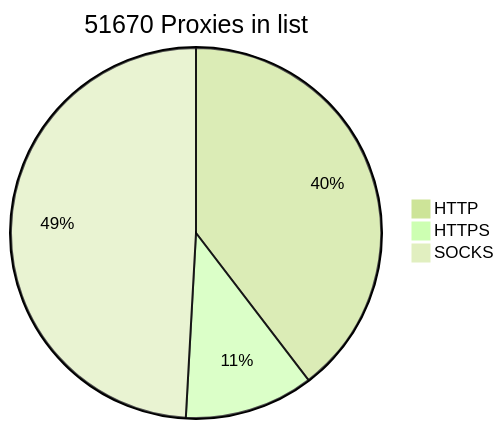
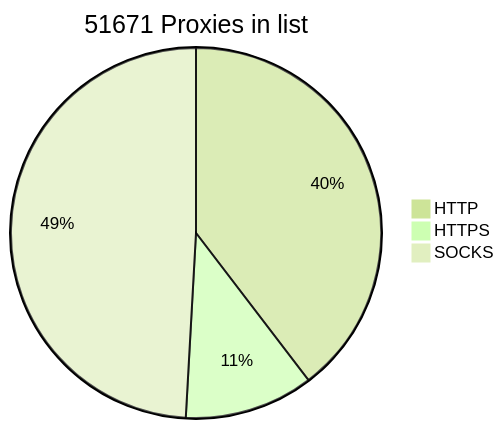
The diagram in README.md (BlackSnowDot/proxylist-update-every-minute), drawn with Mermaid (forest theme) before and after one commit.

````diff
--- a/README.md
+++ b/README.md
@@ -2,6 +2,6 @@
 ```mermaid
-pie title 51670 Proxies in list
-    "HTTP" : 22740
+pie title 51671 Proxies in list
+    "HTTP" : 22744
     "HTTPS": 6469
     "SOCKS" : 28202
 ```
````
